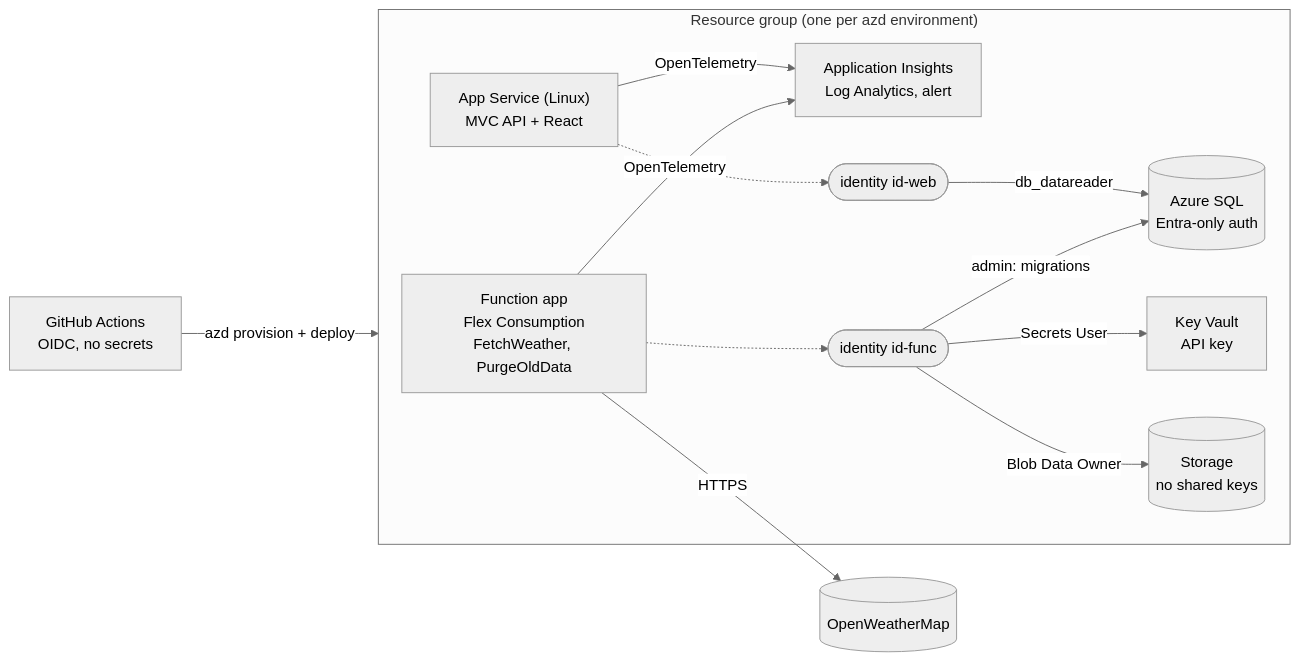
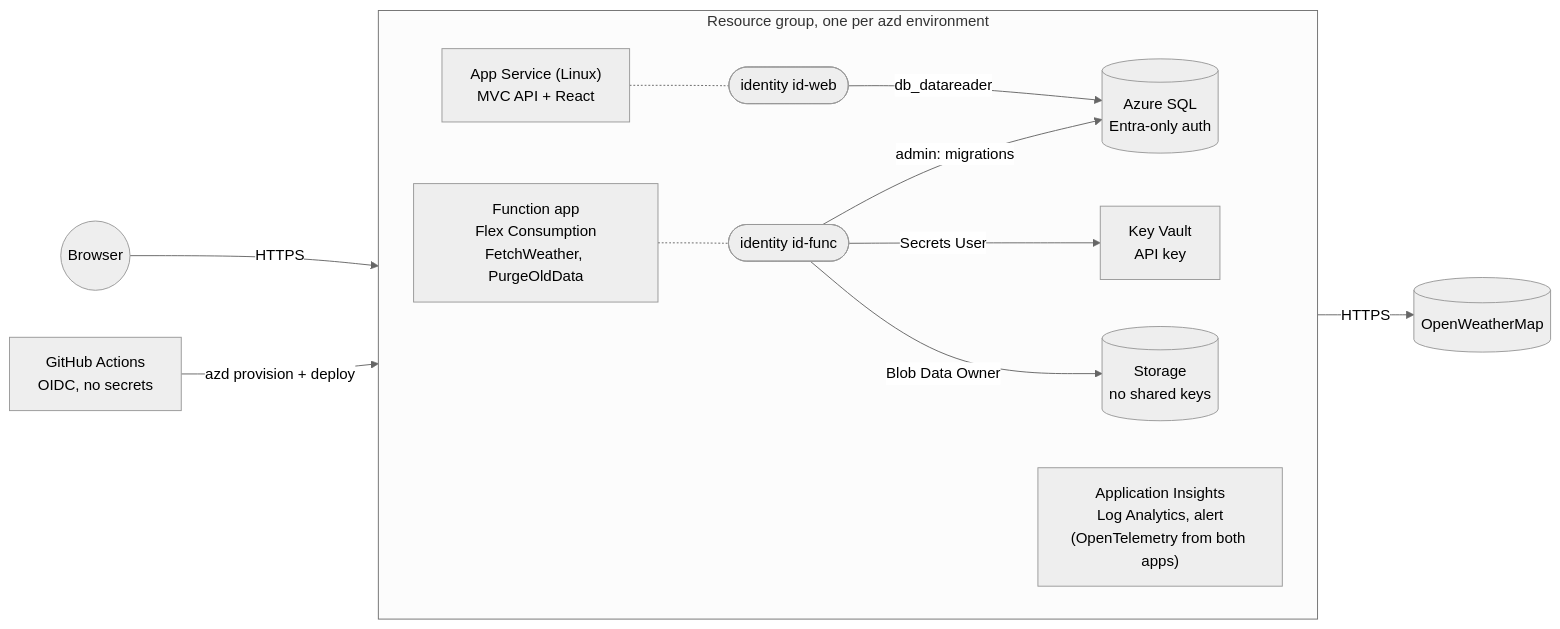
Before and after one commit to Dmitrijs-Blinkovs/weather-monitor: the second of 2 diagrams in README.md, drawn with Mermaid (neutral theme).

````diff
--- a/README.md
+++ b/README.md
@@ -145,25 +145,26 @@
 ```mermaid
 flowchart LR
-    subgraph rg["Resource group (one per azd environment)"]
+    GH["GitHub Actions<br/>OIDC, no secrets"]
+    U((Browser))
+    subgraph rg["Resource group, one per azd environment"]
+        direction LR
+        WA["App Service (Linux)<br/>MVC API + React"]
         FA["Function app<br/>Flex Consumption<br/>FetchWeather, PurgeOldData"]
-        WA["App Service (Linux)<br/>MVC API + React"]
+        IDW(["identity id-web"])
+        IDF(["identity id-func"])
         SQL[("Azure SQL<br/>Entra-only auth")]
         KV["Key Vault<br/>API key"]
         ST[("Storage<br/>no shared keys")]
-        AI["Application Insights<br/>Log Analytics, alert"]
-        IDF(["identity id-func"])
-        IDW(["identity id-web"])
+        AI["Application Insights<br/>Log Analytics, alert<br/>(OpenTelemetry from both apps)"]
     end
     OWM[(OpenWeatherMap)]
-    GH["GitHub Actions<br/>OIDC, no secrets"]
-    FA -.-> IDF
-    WA -.-> IDW
+    GH -- "azd provision + deploy" --> rg
+    U -- HTTPS --> WA
+    WA -.- IDW
+    FA -.- IDF
+    IDW -- "db_datareader" --> SQL
     IDF -- "admin: migrations" --> SQL
-    IDW -- "db_datareader" --> SQL
     IDF -- "Secrets User" --> KV
     IDF -- "Blob Data Owner" --> ST
     FA -- HTTPS --> OWM
-    FA -- OpenTelemetry --> AI
-    WA -- OpenTelemetry --> AI
-    GH -- "azd provision + deploy" --> rg
 ```
````
